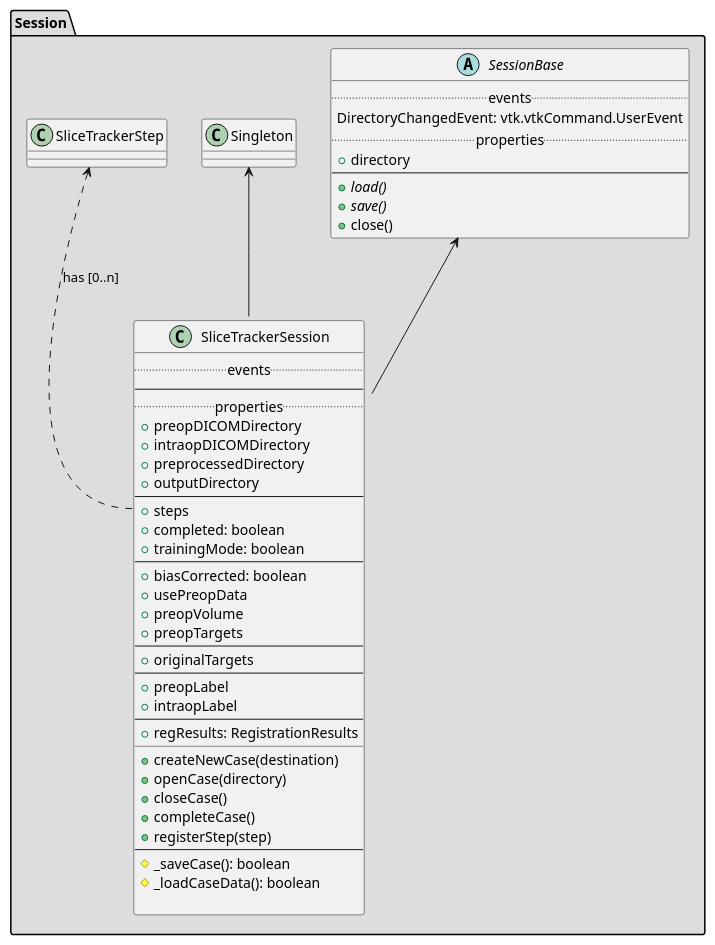
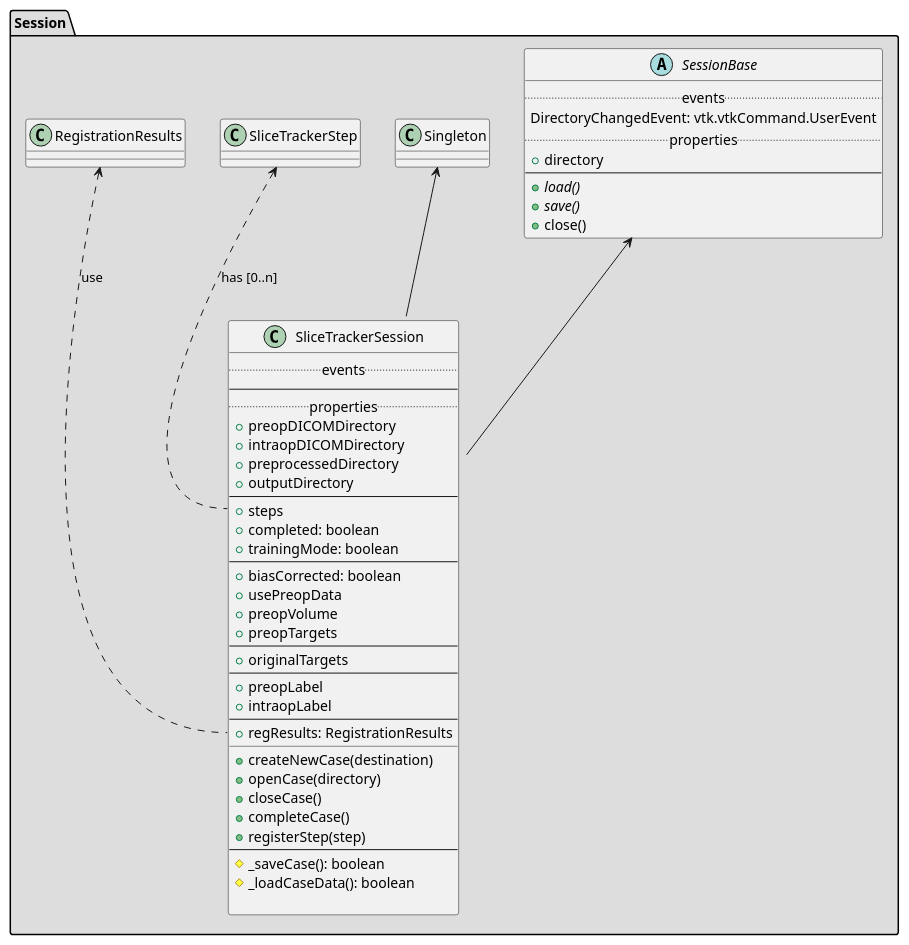
Before and after one commit to SlicerProstate/SliceTracker: the diagram in puml/SliceTrackerSession.puml, drawn with PlantUML. The commit also changed 6 other files, not shown here.

Commit message:
ENH: RegistrationResults class handles loading and saving of all data now

```diff
--- a/puml/SliceTrackerSession.puml
+++ b/puml/SliceTrackerSession.puml
@@ -1,60 +1,62 @@
 @startuml
 
 package "Session" #DDDDDD {
 
   abstract class SessionBase {
     .. events ..
     DirectoryChangedEvent: vtk.vtkCommand.UserEvent
     .. properties ..
     + directory
     --
     + {abstract} load()
     + {abstract} save()
     + close()
   }
 
 
   Singleton <-- SliceTrackerSession
   SessionBase <-- SliceTrackerSession
 
   class SliceTrackerSession {
     .. events ..
     --
     .. properties ..
     + preopDICOMDirectory
     + intraopDICOMDirectory
     + preprocessedDirectory
     + outputDirectory
     --
     + steps
     + completed: boolean
     + trainingMode: boolean
     --
     + biasCorrected: boolean
     + usePreopData
     + preopVolume
     + preopTargets
     --
     + originalTargets
     --
     + preopLabel
     + intraopLabel
     --
     + regResults: RegistrationResults
     __
     + createNewCase(destination)
     + openCase(directory)
     + closeCase()
     + completeCase()
     + registerStep(step)
     --
     # _saveCase(): boolean
     # _loadCaseData(): boolean
 
   }
 
-    SliceTrackerStep <.. SliceTrackerSession::steps: has [0..n]
+  SliceTrackerStep <.. SliceTrackerSession::steps: has [0..n]
+  RegistrationResults <.. SliceTrackerSession::regResults : use
+
 
 }
 
 @enduml
```
